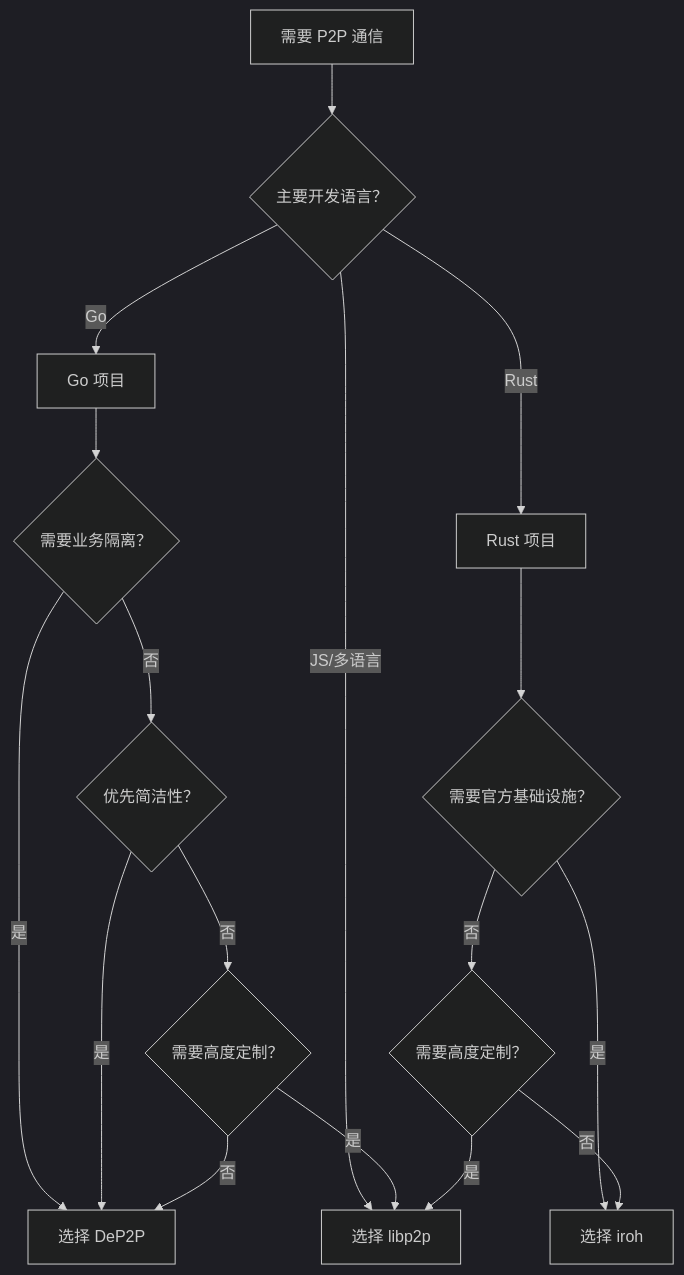
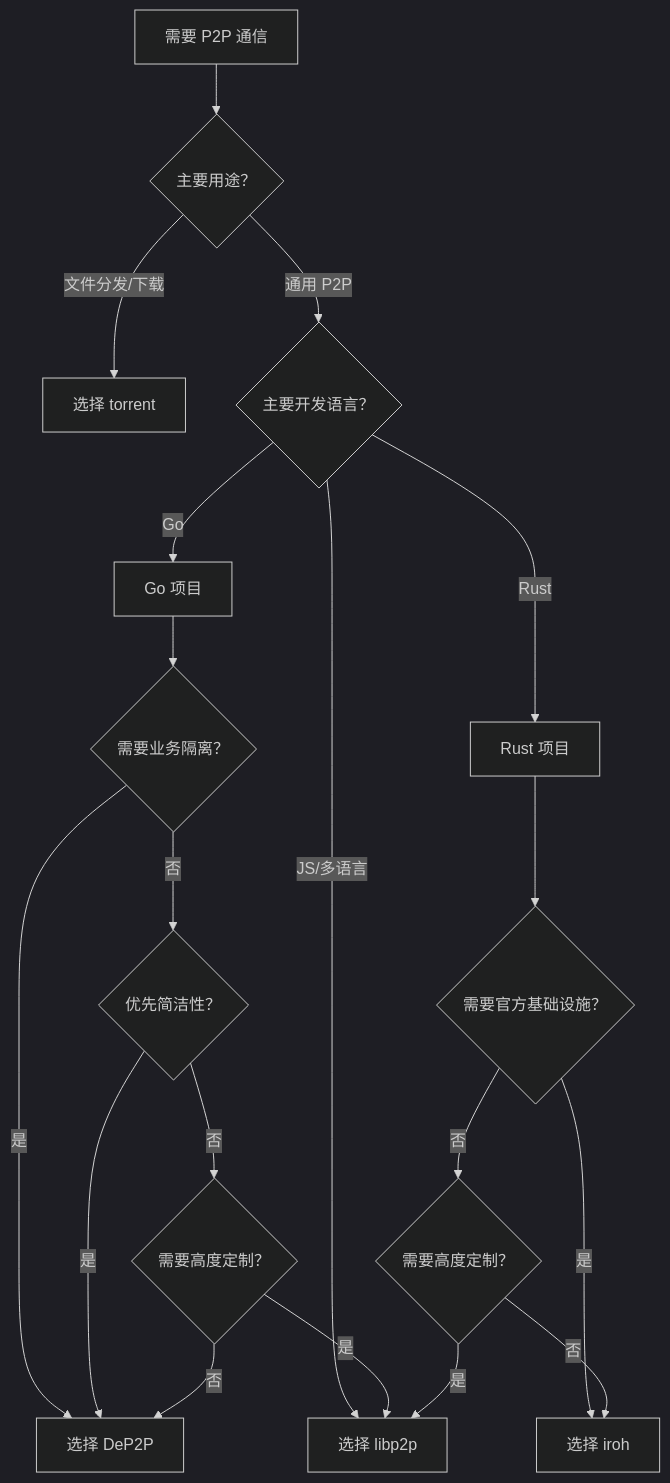
One commit to dep2p/go-dep2p changed the second of 2 diagrams in docs/zh/concepts/comparison.md. Above: the diagram before and after it, drawn with Mermaid (dark theme). The commit also changed other lines of this file and 2026 other files, not shown here.

````diff
--- a/docs/zh/concepts/comparison.md
+++ b/docs/zh/concepts/comparison.md
@@ -240,22 +398,25 @@
 ```mermaid
 flowchart TD
-    Start["需要 P2P 通信"] --> Lang{"主要开发语言？"}
+    Start["需要 P2P 通信"] --> UseCase{"主要用途？"}
+    
+    UseCase -->|文件分发/下载| torrent["选择 torrent"]
+    UseCase -->|通用 P2P| Lang{"主要开发语言？"}
     
     Lang -->|Go| GoPath["Go 项目"]
     Lang -->|Rust| RustPath["Rust 项目"]
     Lang -->|JS/多语言| libp2p["选择 libp2p"]
     
     GoPath --> Isolation{"需要业务隔离？"}
     Isolation -->|是| DeP2P["选择 DeP2P"]
     Isolation -->|否| GoSimple{"优先简洁性？"}
     GoSimple -->|是| DeP2P
     GoSimple -->|否| GoCustom{"需要高度定制？"}
     GoCustom -->|是| libp2p
     GoCustom -->|否| DeP2P
     
     RustPath --> RustInfra{"需要官方基础设施？"}
     RustInfra -->|是| iroh["选择 iroh"]
     RustInfra -->|否| RustCustom{"需要高度定制？"}
     RustCustom -->|是| libp2p
     RustCustom -->|否| iroh
 ```
````
